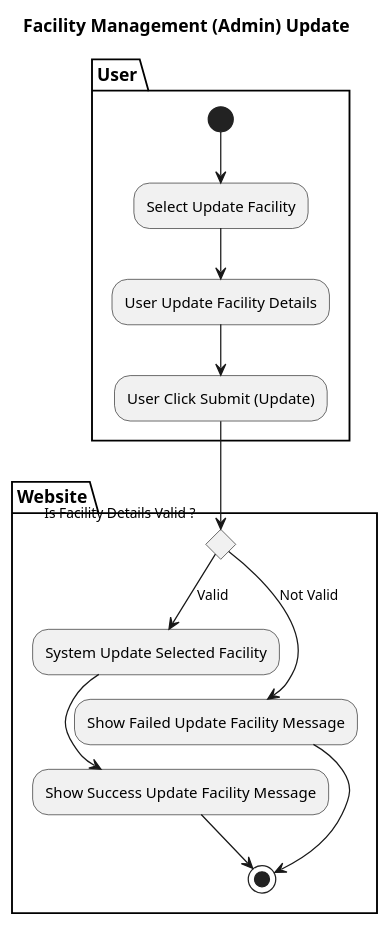
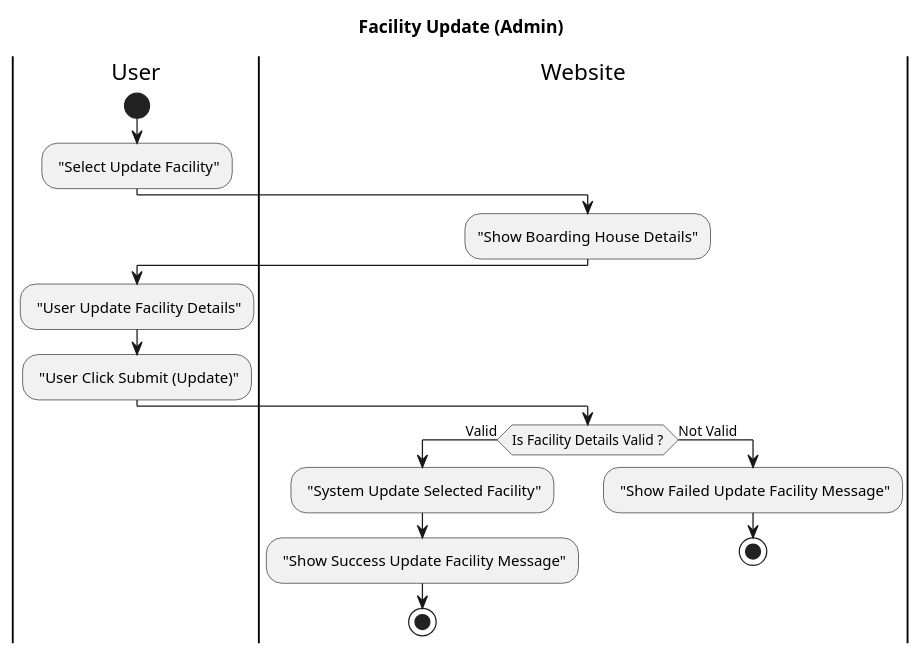
One commit to AntWort21/BHFMS changed the diagram in Design/BHFMS_ACTIVITY/Facilities Management (Admin) Update.puml. Above: the diagram before and after it, drawn with PlantUML. The commit also changed 9 other files, not shown here.

Commit message:
Update all Activity Diagram w/ Swimlane

```diff
--- a/Design/BHFMS_ACTIVITY/Facilities Management (Admin) Update.puml
+++ b/Design/BHFMS_ACTIVITY/Facilities Management (Admin) Update.puml
@@ -1,19 +1,20 @@
 @startuml
-title Facility Management (Admin) Update
-partition User {
-(*) --> "Select Update Facility"
-    --> "User Update Facility Details"
-    --> "User Click Submit (Update)"
-        
-}
+title Facility Update (Admin)
+|User|
+start 
+    : "Select Update Facility";
+|Website|
+    :"Show Boarding House Details";
+|User|  
+    : "User Update Facility Details";
+    : "User Click Submit (Update)";
 
-partition Website {
-    "User Click Submit (Update)" --> If "Is Facility Details Valid ?" then
-        --> [Valid] "System Update Selected Facility"
-        --> "Show Success Update Facility Message"
-        -->(*)
-        else
-        --> [Not Valid] "Show Failed Update Facility Message"
-        --> (*)
-}
+|Website|
+    if (Is Facility Details Valid ?) is (Valid) then
+        : "System Update Selected Facility";
+        : "Show Success Update Facility Message";
+        stop
+        else (Not Valid)
+        : "Show Failed Update Facility Message";
+        stop
 @enduml
```
